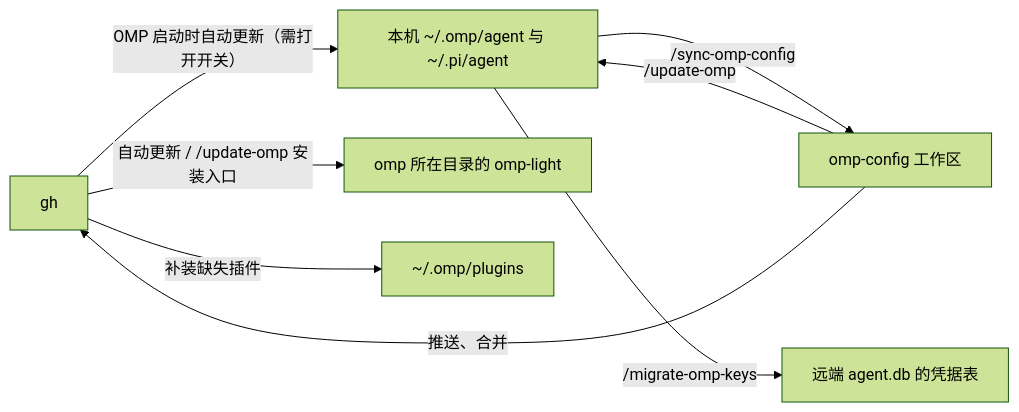
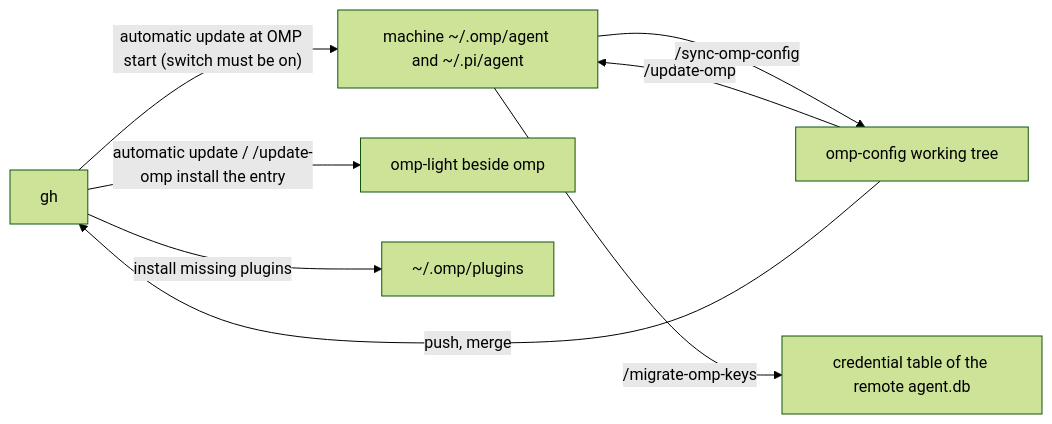
Before and after one commit to dbydd/oh-my-omomp: the diagram in README.md, drawn with Mermaid (forest theme). The commit also changed other lines of this file and 9 other files, not shown here.

````diff
--- a/README.md
+++ b/README.md
@@ -109,10 +111,10 @@
 ```mermaid
 flowchart LR
-  gh -->|"OMP 启动时自动更新（需打开开关）"| local["本机 ~/.omp/agent 与 ~/.pi/agent"]
-  repo["omp-config 工作区"] -->|"/update-omp"| local
+  gh -->|"automatic update at OMP start (switch must be on)"| local["machine ~/.omp/agent and ~/.pi/agent"]
+  repo["omp-config working tree"] -->|"/update-omp"| local
   local -->|"/sync-omp-config"| repo
-  repo -->|"推送、合并"| gh
-  gh -->|"自动更新 / /update-omp 安装入口"| light["omp 所在目录的 omp-light"]
-  gh -->|"补装缺失插件"| plugins["~/.omp/plugins"]
-  local -->|"/migrate-omp-keys"| remote["远端 agent.db 的凭据表"]
+  repo -->|"push, merge"| gh
+  gh -->|"automatic update / /update-omp install the entry"| light["omp-light beside omp"]
+  gh -->|"install missing plugins"| plugins["~/.omp/plugins"]
+  local -->|"/migrate-omp-keys"| remote["credential table of the remote agent.db"]
 ```
````
